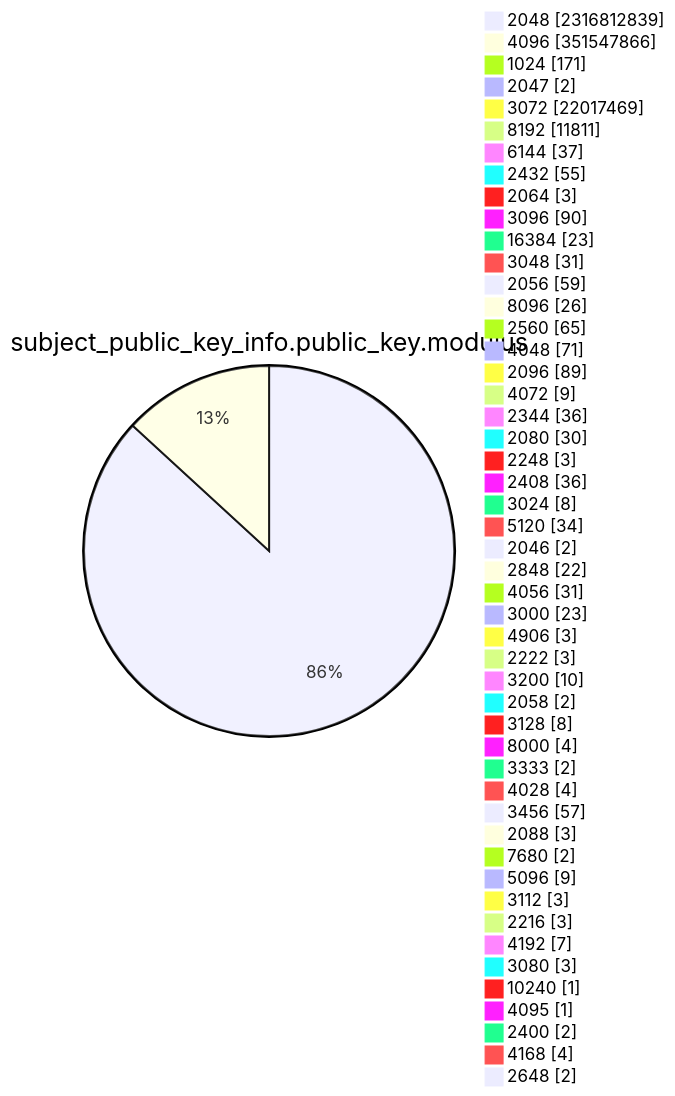
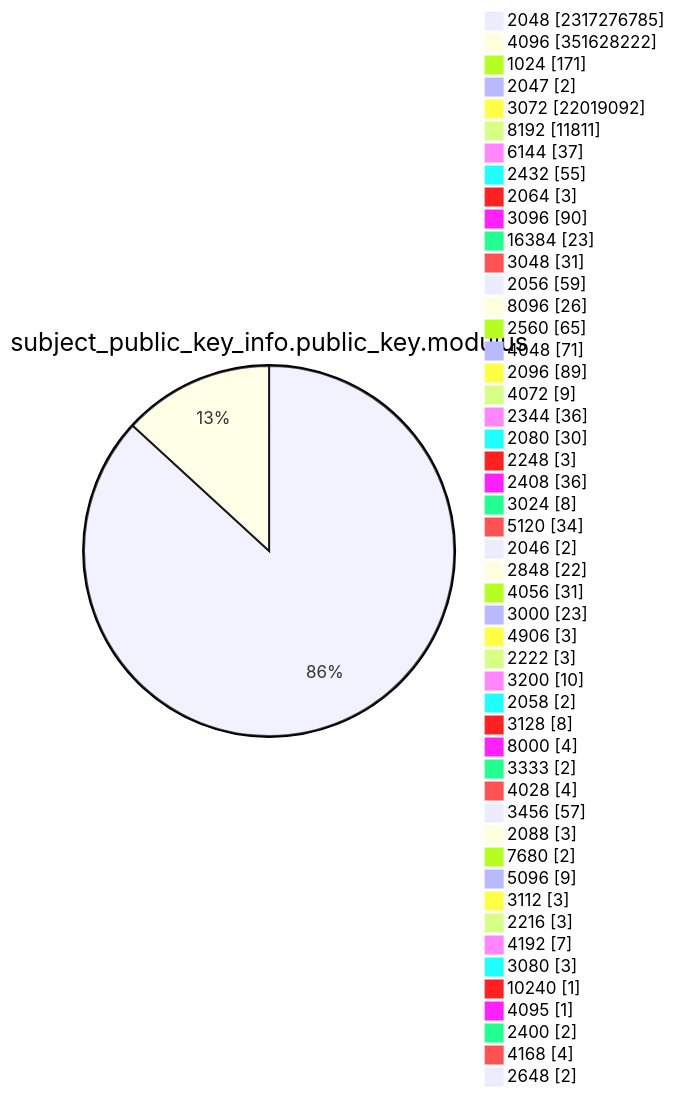
One commit to christiankrug/ctmonitor_visualization changed diagram 13 of 15 in TOTAL/README.md. Above: the diagram before and after it, drawn with Mermaid. The commit also changed other lines of this file, not shown here.

````diff
--- a/TOTAL/README.md
+++ b/TOTAL/README.md
@@ -4167,53 +4167,53 @@
 ```mermaid
 pie showData
 title subject_public_key_info.public_key.modulus
-"2048" :2316812839
-"4096" :351547866
+"2048" :2317276785
+"4096" :351628222
 "1024" :171
 "2047" :2
-"3072" :22017469
+"3072" :22019092
 "8192" :11811
 "6144" :37
 "2432" :55
 "2064" :3
 "3096" :90
 "16384" :23
 "3048" :31
 "2056" :59
 "8096" :26
 "2560" :65
 "4048" :71
 "2096" :89
 "4072" :9
 "2344" :36
 "2080" :30
 "2248" :3
 "2408" :36
 "3024" :8
 "5120" :34
 "2046" :2
 "2848" :22
 "4056" :31
 "3000" :23
 "4906" :3
 "2222" :3
 "3200" :10
 "2058" :2
 "3128" :8
 "8000" :4
 "3333" :2
 "4028" :4
 "3456" :57
 "2088" :3
 "7680" :2
 "5096" :9
 "3112" :3
 "2216" :3
 "4192" :7
 "3080" :3
 "10240" :1
 "4095" :1
 "2400" :2
 "4168" :4
 "2648" :2
 ```
````
